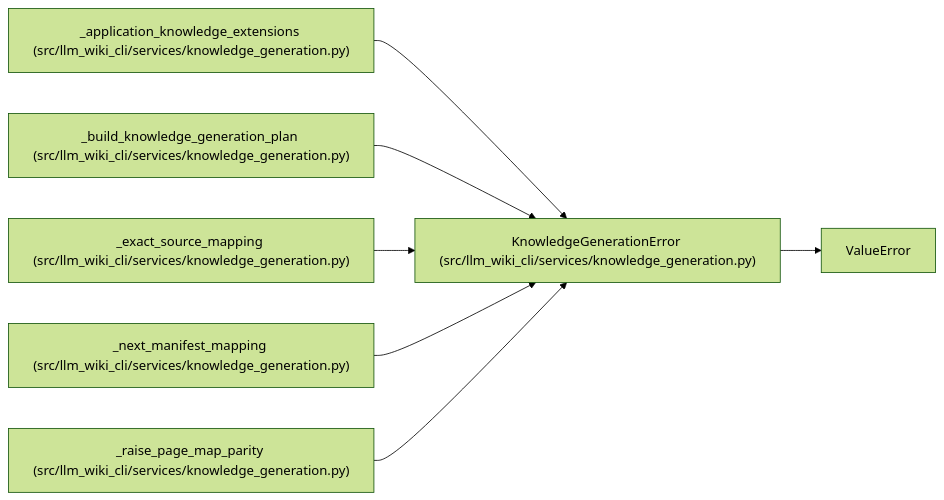
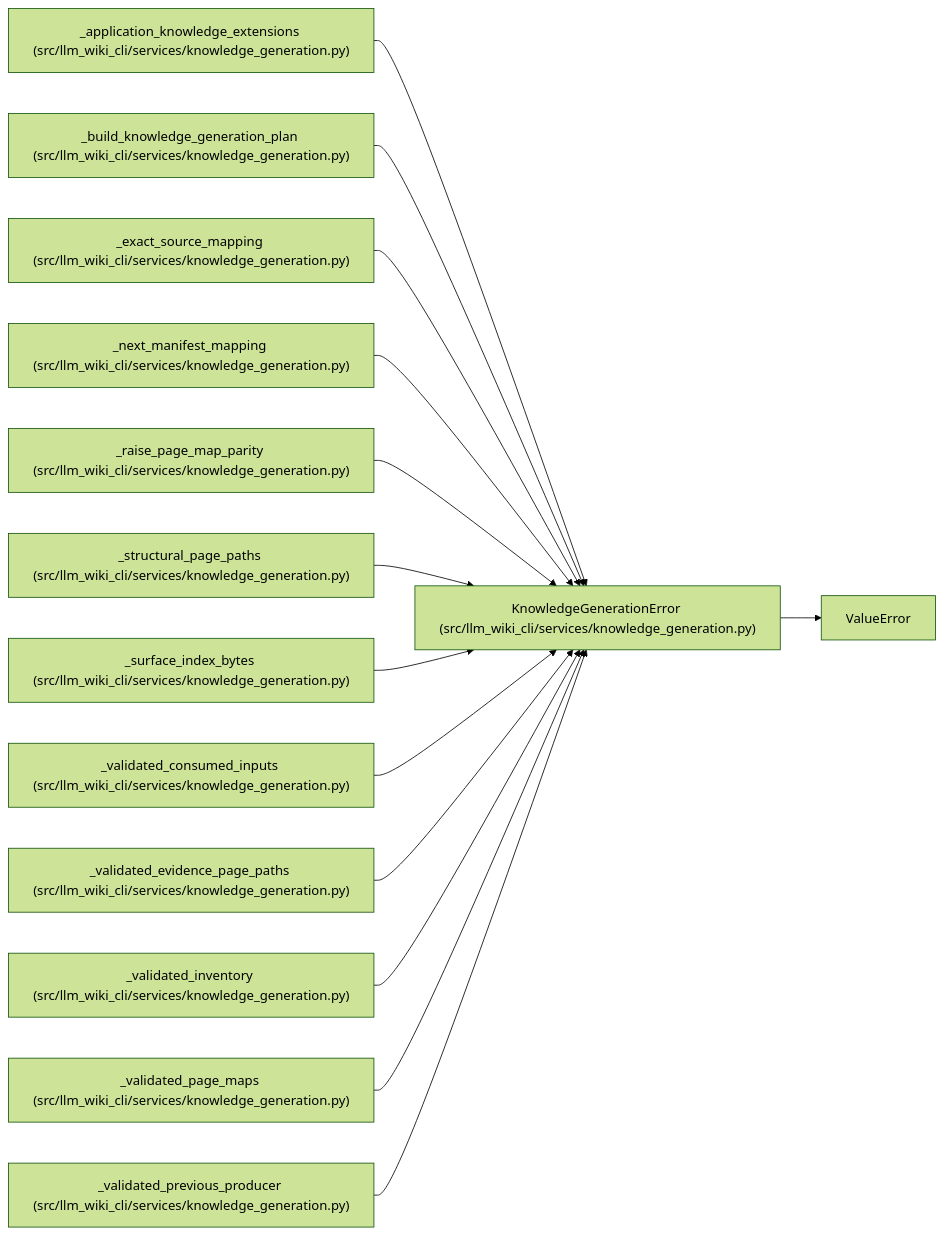
The diagram in docs/llm_wiki/entities/KnowledgeGenerationError.md (Denissvgn/python-wiki-llm), drawn with Mermaid (forest theme) before and after one commit. The commit also changed other lines of this file and 493 other files, not shown here.

````diff
--- a/docs/llm_wiki/entities/KnowledgeGenerationError.md
+++ b/docs/llm_wiki/entities/KnowledgeGenerationError.md
@@ -25,22 +25,43 @@
 ```mermaid
 flowchart LR
     n0["KnowledgeGenerationError (src/llm_wiki_cli/services/knowledge_generation.py)"]
     n1["ValueError"]
     n2["_application_knowledge_extensions (src/llm_wiki_cli/services/knowledge_generation.py)"]
     n3["_build_knowledge_generation_plan (src/llm_wiki_cli/services/knowledge_generation.py)"]
     n4["_exact_source_mapping (src/llm_wiki_cli/services/knowledge_generation.py)"]
     n5["_next_manifest_mapping (src/llm_wiki_cli/services/knowledge_generation.py)"]
     n6["_raise_page_map_parity (src/llm_wiki_cli/services/knowledge_generation.py)"]
+    n7["_structural_page_paths (src/llm_wiki_cli/services/knowledge_generation.py)"]
+    n8["_surface_index_bytes (src/llm_wiki_cli/services/knowledge_generation.py)"]
+    n9["_validated_consumed_inputs (src/llm_wiki_cli/services/knowledge_generation.py)"]
+    n10["_validated_evidence_page_paths (src/llm_wiki_cli/services/knowledge_generation.py)"]
+    n11["_validated_inventory (src/llm_wiki_cli/services/knowledge_generation.py)"]
+    n12["_validated_page_maps (src/llm_wiki_cli/services/knowledge_generation.py)"]
+    n13["_validated_previous_producer (src/llm_wiki_cli/services/knowledge_generation.py)"]
     n0 --> n1
     n2 --> n0
     n3 --> n0
     n4 --> n0
     n5 --> n0
     n6 --> n0
+    n7 --> n0
+    n8 --> n0
+    n9 --> n0
+    n10 --> n0
+    n11 --> n0
+    n12 --> n0
+    n13 --> n0
     click n0 "../modules/knowledge_generation.md"
     click n2 "../modules/knowledge_generation.md"
     click n3 "../modules/knowledge_generation.md"
     click n4 "../modules/knowledge_generation.md"
     click n5 "../modules/knowledge_generation.md"
     click n6 "../modules/knowledge_generation.md"
+    click n7 "../modules/knowledge_generation.md"
+    click n8 "../modules/knowledge_generation.md"
+    click n9 "../modules/knowledge_generation.md"
+    click n10 "../modules/knowledge_generation.md"
+    click n11 "../modules/knowledge_generation.md"
+    click n12 "../modules/knowledge_generation.md"
+    click n13 "../modules/knowledge_generation.md"
 ```
````
